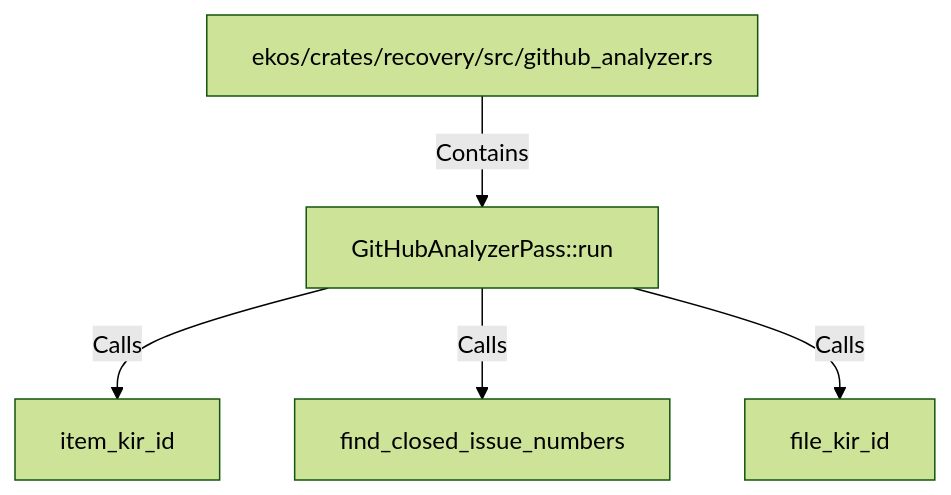
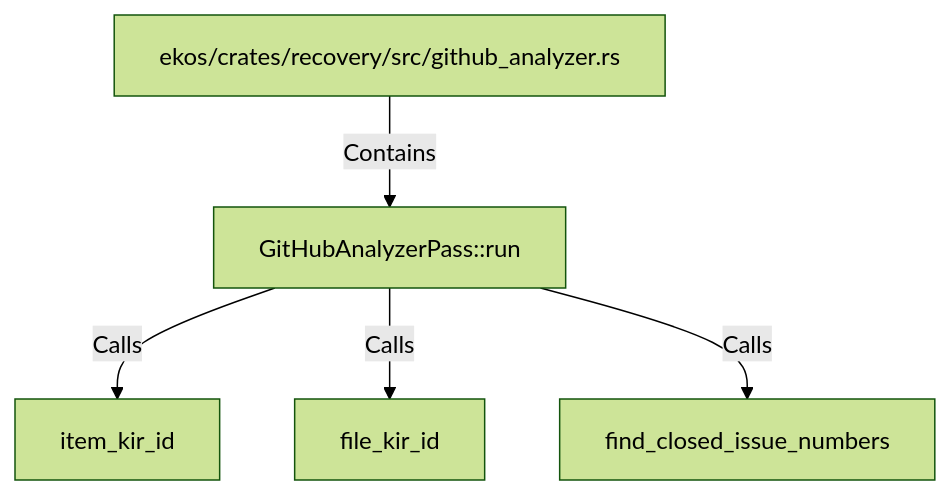
Before and after one commit to alexeyban/EKOS: the diagram in doc/entities/rustsymbol/gi/githubanalyzerpass-run.md, drawn with Mermaid (forest theme). The commit also changed other lines of this file and 552 other files, not shown here.

````diff
--- a/doc/entities/rustsymbol/gi/githubanalyzerpass-run.md
+++ b/doc/entities/rustsymbol/gi/githubanalyzerpass-run.md
@@ -23,12 +23,12 @@
 ```mermaid
 graph TD
     n6f41602541585830aaf27ed224a7f3a1["GitHubAnalyzerPass::run"]
     n091171290fa35361a92f97212fff36cb["ekos/crates/recovery/src/github_analyzer.rs"]
     n091171290fa35361a92f97212fff36cb -->|Contains| n6f41602541585830aaf27ed224a7f3a1
     nc279a0e04f7a52d08dab45aa0ac4e0e7["item_kir_id"]
     n6f41602541585830aaf27ed224a7f3a1 -->|Calls| nc279a0e04f7a52d08dab45aa0ac4e0e7
+    nd36e01ce4f20520aa2b9c3630d65e0e1["file_kir_id"]
+    n6f41602541585830aaf27ed224a7f3a1 -->|Calls| nd36e01ce4f20520aa2b9c3630d65e0e1
     n5f490787c05753eb80ed4287e50a0a04["find_closed_issue_numbers"]
     n6f41602541585830aaf27ed224a7f3a1 -->|Calls| n5f490787c05753eb80ed4287e50a0a04
-    nd36e01ce4f20520aa2b9c3630d65e0e1["file_kir_id"]
-    n6f41602541585830aaf27ed224a7f3a1 -->|Calls| nd36e01ce4f20520aa2b9c3630d65e0e1
 ```
````
